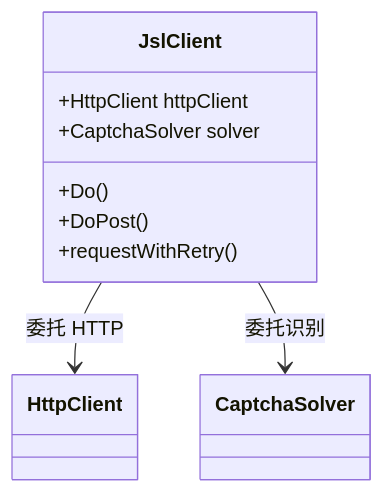
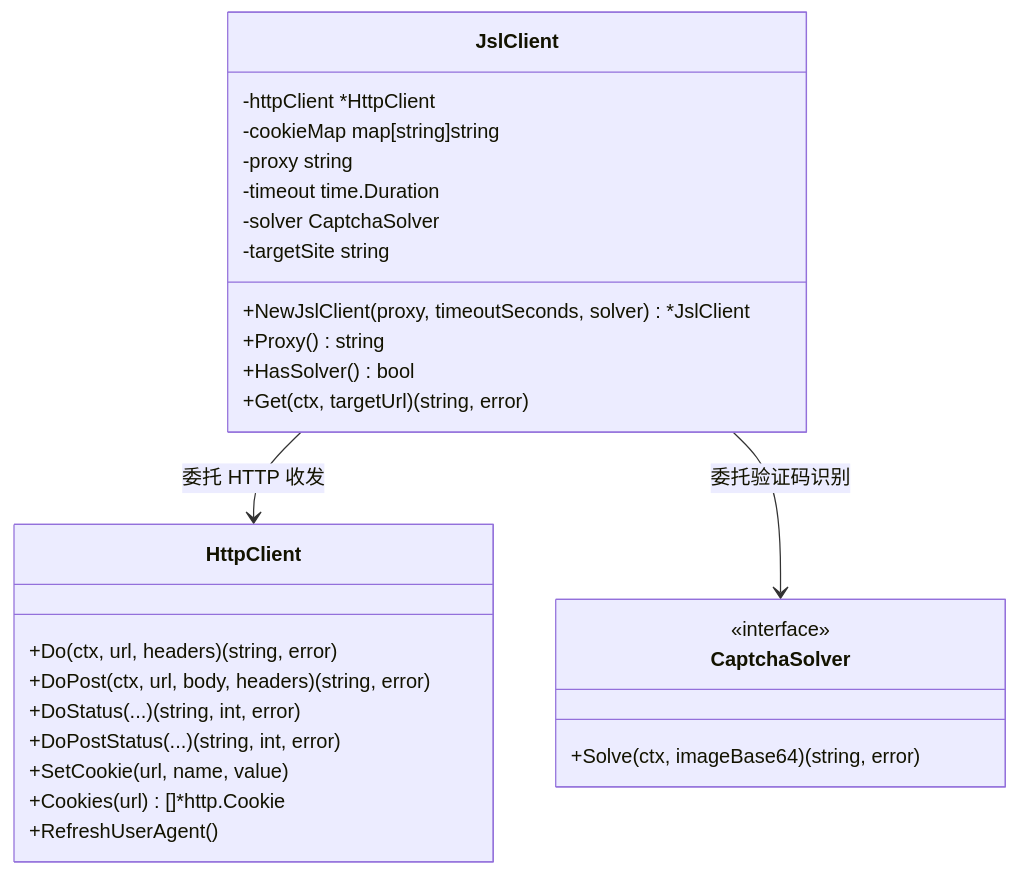
The diagram in website/docs/api-gojsl/jsl-client.md (scagogogo/cnvd-skills), drawn with Mermaid before and after one commit. The commit also changed other lines of this file and 66 other files, not shown here.

````diff
--- a/website/docs/api-gojsl/jsl-client.md
+++ b/website/docs/api-gojsl/jsl-client.md
@@ -13,14 +39,30 @@
 ```mermaid
 classDiagram
     class JslClient {
-        +HttpClient httpClient
-        +CaptchaSolver solver
-        +Do()
-        +DoPost()
-        +requestWithRetry()
+        -httpClient *HttpClient
+        -cookieMap map[string]string
+        -proxy string
+        -timeout time.Duration
+        -solver CaptchaSolver
+        -targetSite string
+        +NewJslClient(proxy, timeoutSeconds, solver) *JslClient
+        +Proxy() string
+        +HasSolver() bool
+        +Get(ctx, targetUrl) (string, error)
     }
-    class HttpClient
-    class CaptchaSolver
-    JslClient --> HttpClient : 委托 HTTP
-    JslClient --> CaptchaSolver : 委托识别
+    class HttpClient {
+        +Do(ctx, url, headers) (string, error)
+        +DoPost(ctx, url, body, headers) (string, error)
+        +DoStatus(...) (string, int, error)
+        +DoPostStatus(...) (string, int, error)
+        +SetCookie(url, name, value)
+        +Cookies(url) []*http.Cookie
+        +RefreshUserAgent()
+    }
+    class CaptchaSolver {
+        <<interface>>
+        +Solve(ctx, imageBase64) (string, error)
+    }
+    JslClient --> HttpClient : 委托 HTTP 收发
+    JslClient --> CaptchaSolver : 委托验证码识别
 ```
````
